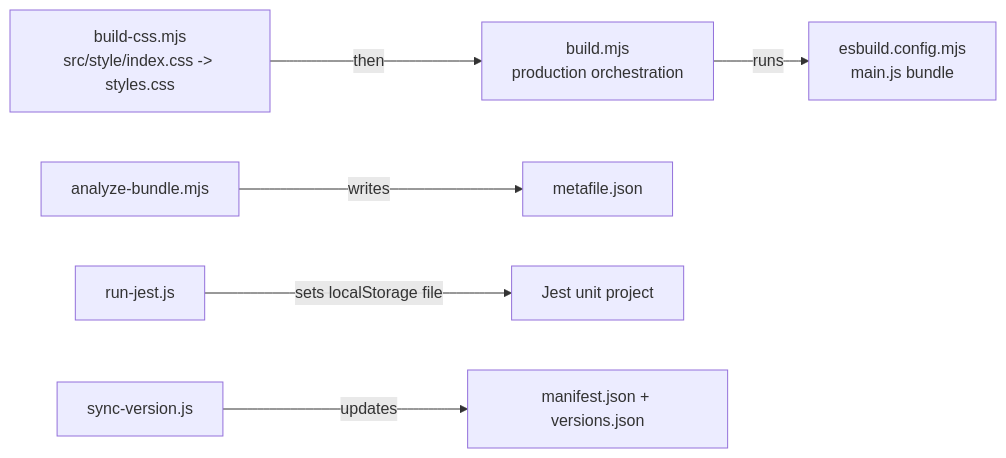
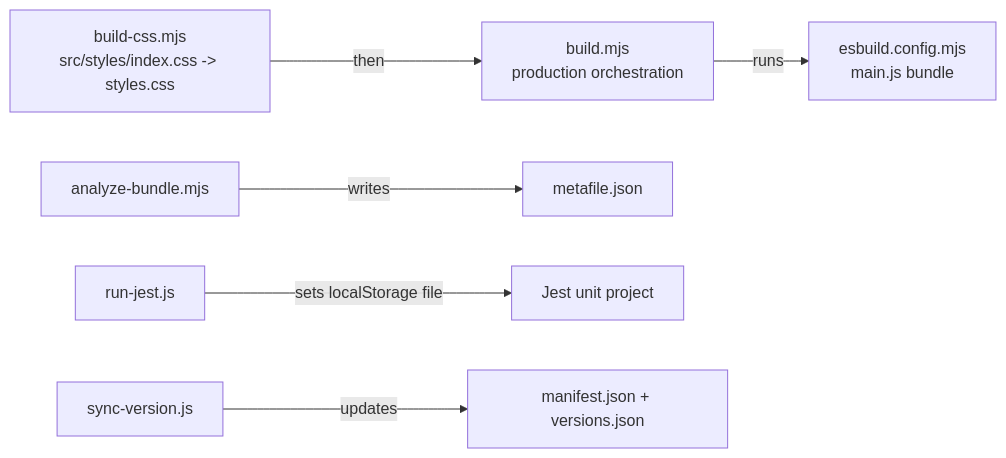
Before and after one commit to shuuul/obsidian-pivi: the diagram in scripts/AGENTS.md, drawn with Mermaid. The commit also changed other lines of this file and 831 other files, not shown here.

````diff
--- a/scripts/AGENTS.md
+++ b/scripts/AGENTS.md
@@ -7,8 +7,8 @@
 ```mermaid
 flowchart LR
-  CSS["build-css.mjs<br/>src/style/index.css -> styles.css"] -- "then" --> Build["build.mjs<br/>production orchestration"]
+  CSS["build-css.mjs<br/>src/styles/index.css -> styles.css"] -- "then" --> Build["build.mjs<br/>production orchestration"]
   Build -- "runs" --> Esbuild["esbuild.config.mjs<br/>main.js bundle"]
   Analyze["analyze-bundle.mjs"] -- "writes" --> Meta["metafile.json"]
   Jest["run-jest.js"] -- "sets localStorage file" --> Tests["Jest unit project"]
   Version["sync-version.js"] -- "updates" --> Manifest["manifest.json + versions.json"]
 ```
````
